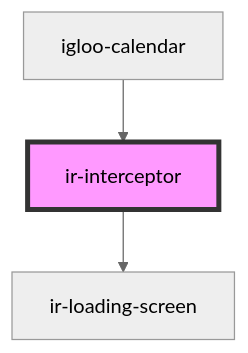
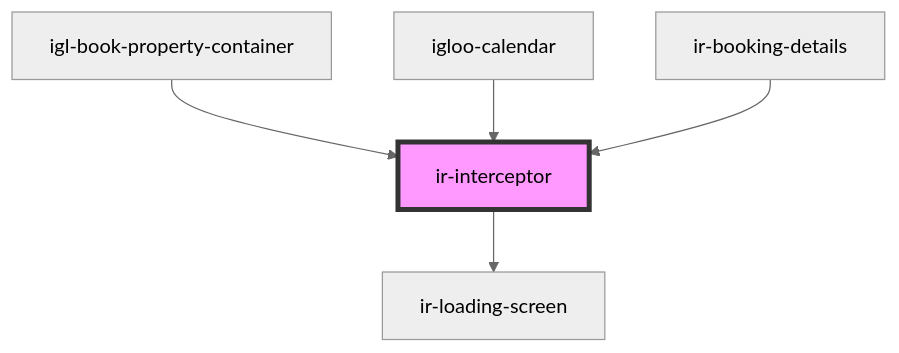
Before and after one commit to David1Chowaifaty/modified-ir-webcmp: the diagram in src/components/ir-interceptor/readme.md, drawn with Mermaid (neutral theme). The commit also changed other lines of this file and 28 other files, not shown here.

````diff
--- a/src/components/ir-interceptor/readme.md
+++ b/src/components/ir-interceptor/readme.md
@@ -35,6 +36,8 @@
 ```mermaid
 graph TD;
   ir-interceptor --> ir-loading-screen
+  igl-book-property-container --> ir-interceptor
   igloo-calendar --> ir-interceptor
+  ir-booking-details --> ir-interceptor
   style ir-interceptor fill:#f9f,stroke:#333,stroke-width:4px
 ```
````
